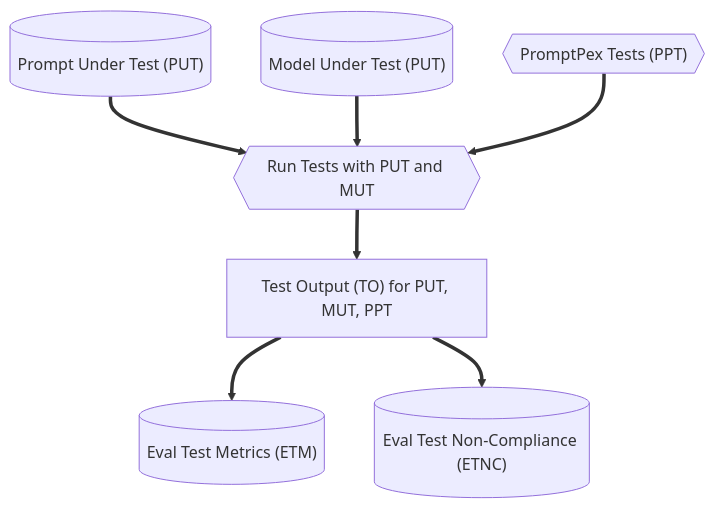
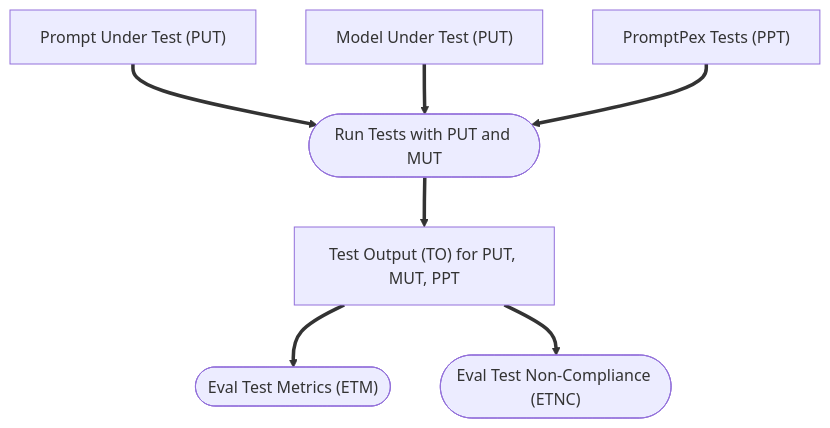
One commit to microsoft/promptpex changed the diagram in docs/src/content/docs/reference/test-evaluation.md. Above: the diagram before and after it, drawn with Mermaid. The commit also changed other lines of this file and 3 other files, not shown here.

````diff
--- a/docs/src/content/docs/reference/test-evaluation.md
+++ b/docs/src/content/docs/reference/test-evaluation.md
@@ -10,18 +9,18 @@
 ```mermaid
 graph TD
-    PUT[("Prompt Under Test (PUT)")]
-    MUT[("Model Under Test (PUT)")]
-    PPT{{"PromptPex Tests (PPT)"}}
-    RPMT{{"Run Tests with PUT and MUT"}}   
+    PUT["Prompt Under Test (PUT)"]
+    PPT["PromptPex Tests (PPT)"]
+    MUT["Model Under Test (PUT)"]
+    RPMT(["Run Tests with PUT and MUT"])
     TO["Test Output (TO) for PUT, MUT, PPT"]
-    ETM[("Eval Test Metrics (ETM)")]
-    ETNC[("Eval Test Non-Compliance (ETNC)")] 
+    ETM(["Eval Test Metrics (ETM)"])
+    ETNC(["Eval Test Non-Compliance (ETNC)"])
 
     PUT ==> RPMT
     MUT ==> RPMT
     PPT ==> RPMT
     RPMT ==> TO
     TO ==> ETM
     TO ==> ETNC
 
 ```
````
